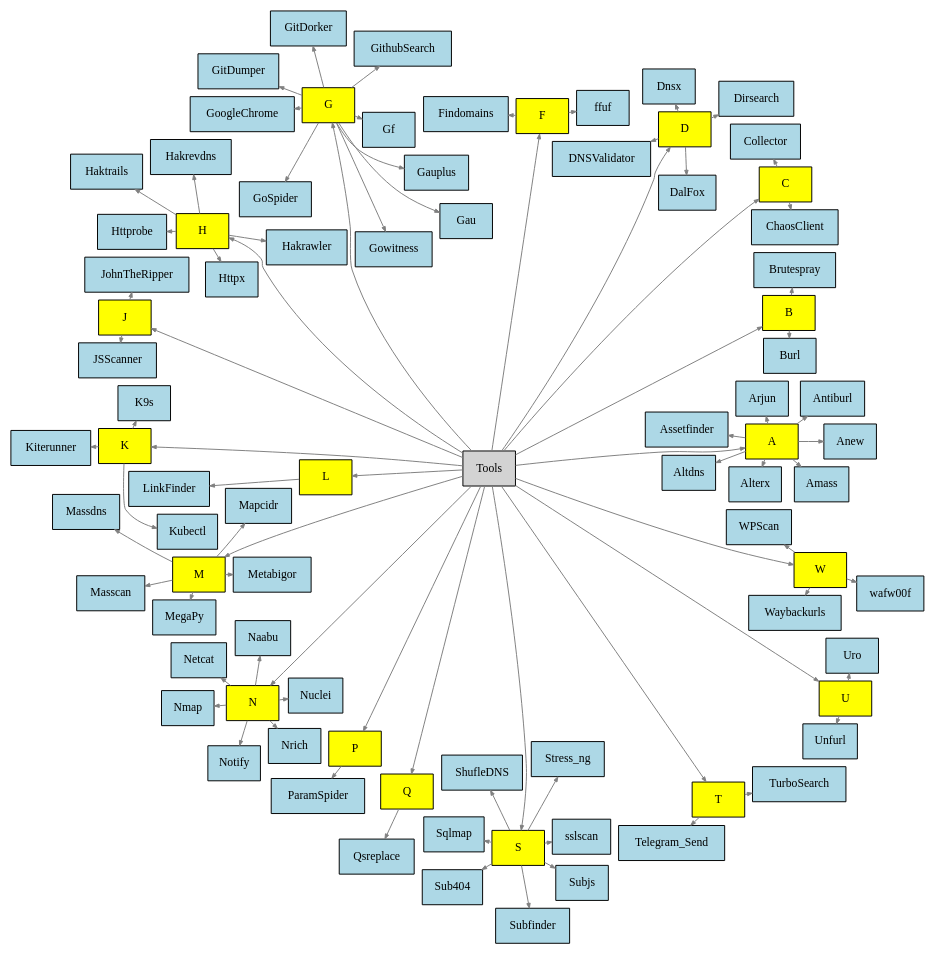
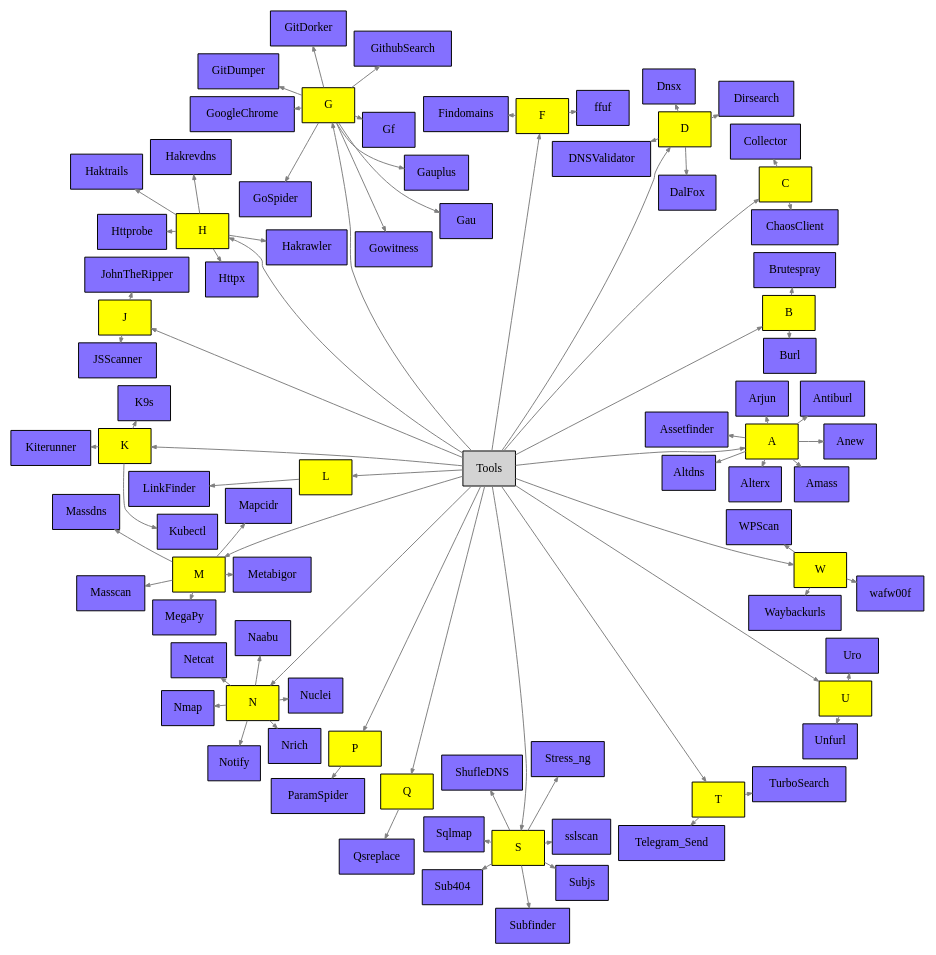
One commit to 0xtiago/HackerWhale changed the diagram in assets/tools.dot. Above: the diagram before and after it, drawn with Graphviz. The commit also changed 2 other files, not shown here.

```diff
--- a/assets/tools.dot
+++ b/assets/tools.dot
@@ -1,126 +1,126 @@
 digraph G {
     layout=circo;
     node [shape=box, fontsize=12, style=filled];
     graph [overlap=false, splines=true, fontname=Helvetica, fontsize=10];
     edge [color=grey, arrowsize=0.5];
     Tools -> {
         A [fillcolor=yellow];
         B [fillcolor=yellow];
         C [fillcolor=yellow];
         D [fillcolor=yellow];
         F [fillcolor=yellow];
         G [fillcolor=yellow];
         H [fillcolor=yellow];
         J [fillcolor=yellow];
         K [fillcolor=yellow];
         L [fillcolor=yellow];
         M [fillcolor=yellow];
         N [fillcolor=yellow];
         P [fillcolor=yellow];
         Q [fillcolor=yellow];
         S [fillcolor=yellow];
         T [fillcolor=yellow];
         U [fillcolor=yellow];
         W [fillcolor=yellow];
     };
     A -> {
-        Altdns [fillcolor=lightblue];
-        Alterx [fillcolor=lightblue];
-        Amass [fillcolor=lightblue];
-        Anew [fillcolor=lightblue];
-        Antiburl [fillcolor=lightblue];
-        Arjun [fillcolor=lightblue];
-        Assetfinder [fillcolor=lightblue];
+        Altdns [fillcolor=lightslateblue];
+        Alterx [fillcolor=lightslateblue];
+        Amass [fillcolor=lightslateblue];
+        Anew [fillcolor=lightslateblue];
+        Antiburl [fillcolor=lightslateblue];
+        Arjun [fillcolor=lightslateblue];
+        Assetfinder [fillcolor=lightslateblue];
     };
     B -> {
-        Burl [fillcolor=lightblue];
-        Brutespray [fillcolor=lightblue];
+        Burl [fillcolor=lightslateblue];
+        Brutespray [fillcolor=lightslateblue];
     };
     C -> {
-        ChaosClient [fillcolor=lightblue];
-        Collector [fillcolor=lightblue];
+        ChaosClient [fillcolor=lightslateblue];
+        Collector [fillcolor=lightslateblue];
     };
     D -> {
-        DalFox [fillcolor=lightblue];
-        Dirsearch [fillcolor=lightblue];
-        Dnsx [fillcolor=lightblue];
-        DNSValidator [fillcolor=lightblue];
+        DalFox [fillcolor=lightslateblue];
+        Dirsearch [fillcolor=lightslateblue];
+        Dnsx [fillcolor=lightslateblue];
+        DNSValidator [fillcolor=lightslateblue];
     };
     F -> {
-        ffuf [fillcolor=lightblue];
-        Findomains [fillcolor=lightblue];
+        ffuf [fillcolor=lightslateblue];
+        Findomains [fillcolor=lightslateblue];
     };
     G -> {
-        Gau [fillcolor=lightblue];
-        Gauplus [fillcolor=lightblue];
-        Gf [fillcolor=lightblue];
-        GithubSearch [fillcolor=lightblue];
-        GitDorker [fillcolor=lightblue];
-        GitDumper [fillcolor=lightblue];
-        GoogleChrome [fillcolor=lightblue];
-        GoSpider [fillcolor=lightblue];
-        Gowitness [fillcolor=lightblue];
+        Gau [fillcolor=lightslateblue];
+        Gauplus [fillcolor=lightslateblue];
+        Gf [fillcolor=lightslateblue];
+        GithubSearch [fillcolor=lightslateblue];
+        GitDorker [fillcolor=lightslateblue];
+        GitDumper [fillcolor=lightslateblue];
+        GoogleChrome [fillcolor=lightslateblue];
+        GoSpider [fillcolor=lightslateblue];
+        Gowitness [fillcolor=lightslateblue];
     };
     H -> {
-        Hakrawler [fillcolor=lightblue];
-        Hakrevdns [fillcolor=lightblue];
-        Haktrails [fillcolor=lightblue];
-        Httprobe [fillcolor=lightblue];
-        Httpx [fillcolor=lightblue];
+        Hakrawler [fillcolor=lightslateblue];
+        Hakrevdns [fillcolor=lightslateblue];
+        Haktrails [fillcolor=lightslateblue];
+        Httprobe [fillcolor=lightslateblue];
+        Httpx [fillcolor=lightslateblue];
     };
     J -> {
-        JohnTheRipper [fillcolor=lightblue];
-        JSScanner [fillcolor=lightblue];
+        JohnTheRipper [fillcolor=lightslateblue];
+        JSScanner [fillcolor=lightslateblue];
     };
     K -> {
-        K9s [fillcolor=lightblue];
-        Kiterunner [fillcolor=lightblue];
-        Kubectl [fillcolor=lightblue];
+        K9s [fillcolor=lightslateblue];
+        Kiterunner [fillcolor=lightslateblue];
+        Kubectl [fillcolor=lightslateblue];
     };
     L -> {
-        LinkFinder [fillcolor=lightblue];
+        LinkFinder [fillcolor=lightslateblue];
     };
     M -> {
-        Mapcidr [fillcolor=lightblue];
-        Massdns [fillcolor=lightblue];
-        Masscan [fillcolor=lightblue];
-        MegaPy [fillcolor=lightblue];
-        Metabigor [fillcolor=lightblue];
+        Mapcidr [fillcolor=lightslateblue];
+        Massdns [fillcolor=lightslateblue];
+        Masscan [fillcolor=lightslateblue];
+        MegaPy [fillcolor=lightslateblue];
+        Metabigor [fillcolor=lightslateblue];
     };
     N -> {
-        Naabu [fillcolor=lightblue];
-        Netcat [fillcolor=lightblue];
-        Nmap [fillcolor=lightblue];
-        Notify [fillcolor=lightblue];
-        Nrich [fillcolor=lightblue];
-        Nuclei [fillcolor=lightblue];
+        Naabu [fillcolor=lightslateblue];
+        Netcat [fillcolor=lightslateblue];
+        Nmap [fillcolor=lightslateblue];
+        Notify [fillcolor=lightslateblue];
+        Nrich [fillcolor=lightslateblue];
+        Nuclei [fillcolor=lightslateblue];
     };
     P -> {
-        ParamSpider [fillcolor=lightblue];
+        ParamSpider [fillcolor=lightslateblue];
     };
     Q -> {
-        Qsreplace [fillcolor=lightblue];
+        Qsreplace [fillcolor=lightslateblue];
     };
     S -> {
-        ShufleDNS [fillcolor=lightblue];
-        Sqlmap [fillcolor=lightblue];
-        Sub404 [fillcolor=lightblue];
-        Subfinder [fillcolor=lightblue];
-        Subjs [fillcolor=lightblue];
-        sslscan [fillcolor=lightblue];
-        Stress_ng [fillcolor=lightblue];
+        ShufleDNS [fillcolor=lightslateblue];
+        Sqlmap [fillcolor=lightslateblue];
+        Sub404 [fillcolor=lightslateblue];
+        Subfinder [fillcolor=lightslateblue];
+        Subjs [fillcolor=lightslateblue];
+        sslscan [fillcolor=lightslateblue];
+        Stress_ng [fillcolor=lightslateblue];
     };
     T -> {
-        Telegram_Send [fillcolor=lightblue];
-        TurboSearch [fillcolor=lightblue];
+        Telegram_Send [fillcolor=lightslateblue];
+        TurboSearch [fillcolor=lightslateblue];
     };
     U -> {
-        Unfurl [fillcolor=lightblue];
-        Uro [fillcolor=lightblue];
+        Unfurl [fillcolor=lightslateblue];
+        Uro [fillcolor=lightslateblue];
     };
     W -> {
-        Waybackurls [fillcolor=lightblue];
-        wafw00f [fillcolor=lightblue];
-        WPScan [fillcolor=lightblue];
+        Waybackurls [fillcolor=lightslateblue];
+        wafw00f [fillcolor=lightslateblue];
+        WPScan [fillcolor=lightslateblue];
     };
 }
```
